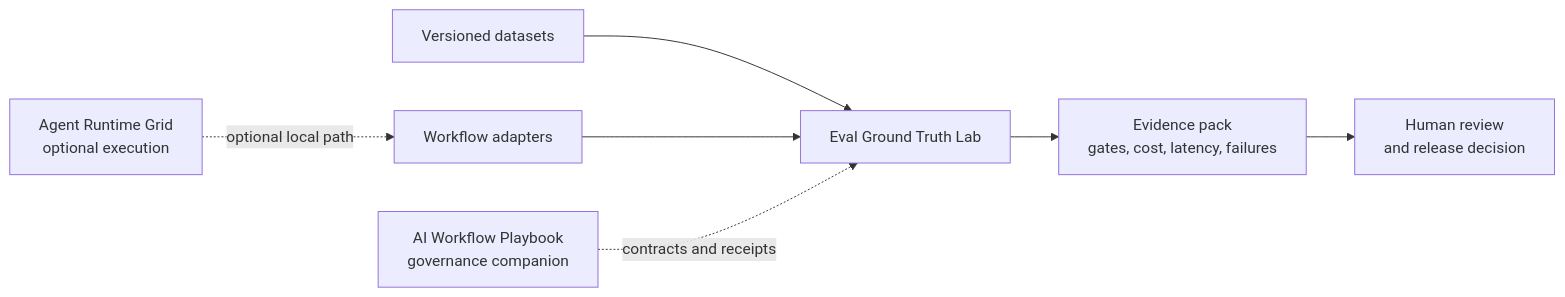
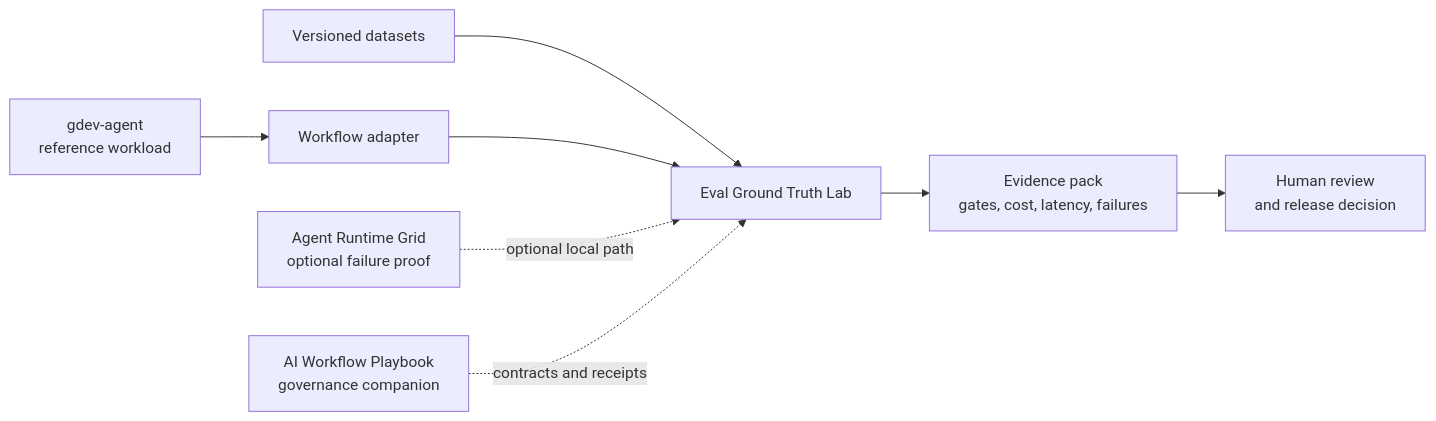
Before and after one commit to ashishki/ashishki: the diagram in README.md, drawn with Mermaid. The commit also changed other lines of this file, not shown here.

````diff
--- a/README.md
+++ b/README.md
@@ -31,9 +31,10 @@
 ```mermaid
 flowchart LR
     D[Versioned datasets] --> E[Eval Ground Truth Lab]
-    X[Workflow adapters] --> E
-    R[Agent Runtime Grid\noptional execution] -. optional local path .-> X
+    G[gdev-agent\nreference workload] --> X[Workflow adapter]
+    X --> E
+    R[Agent Runtime Grid\noptional failure proof] -. optional local path .-> E
     E --> P[Evidence pack\ngates, cost, latency, failures]
     P --> H[Human review\nand release decision]
     W[AI Workflow Playbook\ngovernance companion] -. contracts and receipts .-> E
 ```
````
